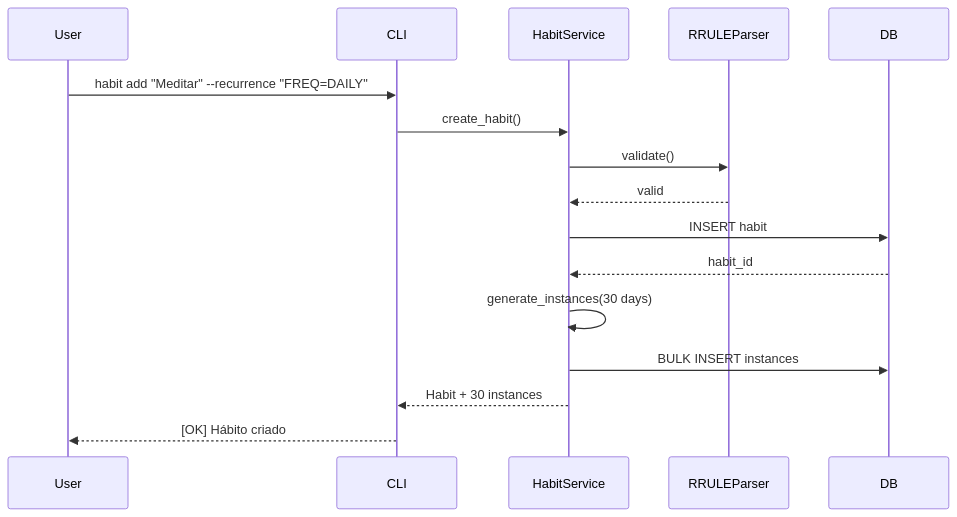
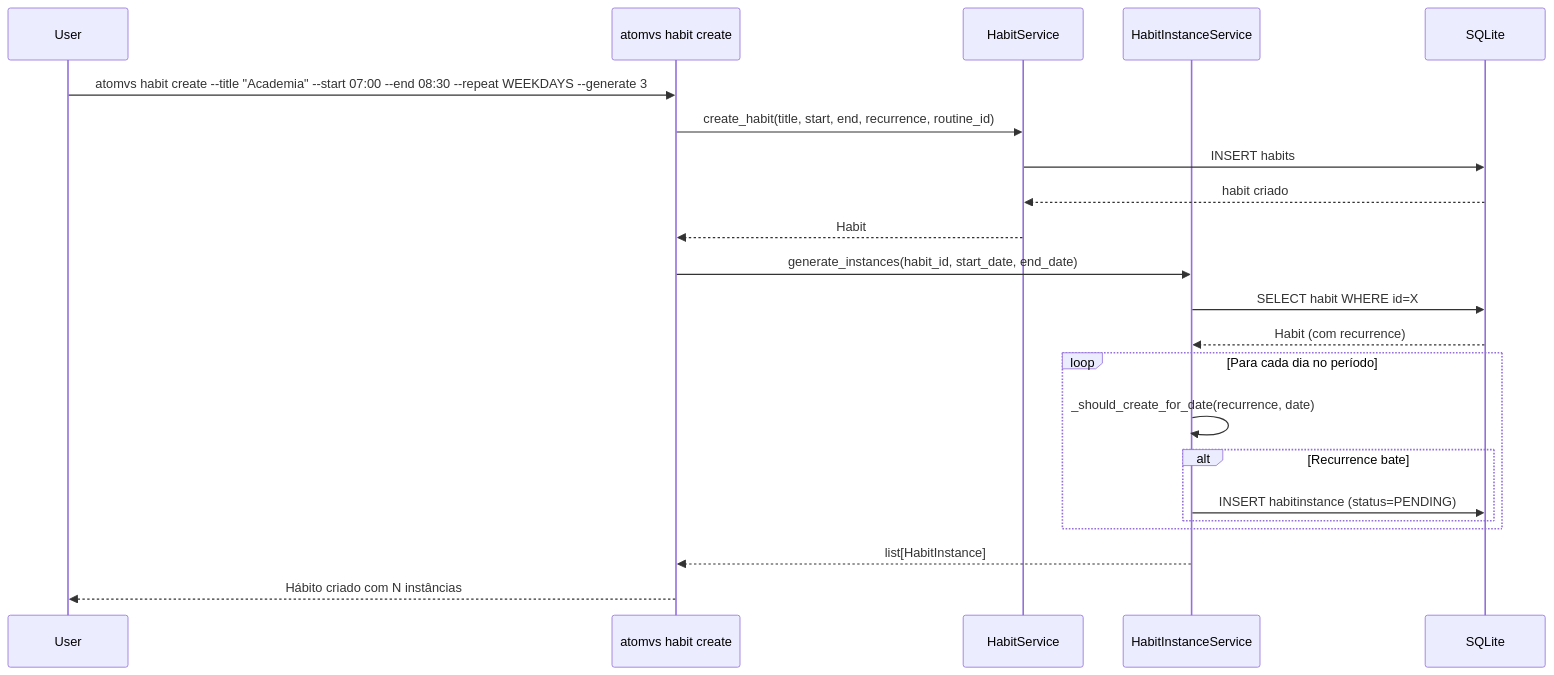
Before and after one commit to fabiodelllima/atomvs-timeblock-terminal: the second of 2 diagrams in docs/diagrams/sequences/habit-generation.md, drawn with Mermaid. The commit also changed other lines of this file, not shown here.

First line of the commit message:
docs(diagrams): Reescreve habit-generation com fluxos reais

````diff
--- a/docs/diagrams/sequences/habit-generation.md
+++ b/docs/diagrams/sequences/habit-generation.md
@@ -3,13 +63,28 @@
 ```mermaid
 sequenceDiagram
-    User->>CLI: habit add "Meditar" --recurrence "FREQ=DAILY"
-    CLI->>HabitService: create_habit()
-    HabitService->>RRULEParser: validate()
-    RRULEParser-->>HabitService: valid
-    HabitService->>DB: INSERT habit
-    DB-->>HabitService: habit_id
-    HabitService->>HabitService: generate_instances(30 days)
-    HabitService->>DB: BULK INSERT instances
-    HabitService-->>CLI: Habit + 30 instances
-    CLI-->>User: [OK] Hábito criado
+    participant User
+    participant CLI as atomvs habit create
+    participant HS as HabitService
+    participant HIS as HabitInstanceService
+    participant DB as SQLite
+
+    User->>CLI: atomvs habit create --title "Academia" --start 07:00 --end 08:30 --repeat WEEKDAYS --generate 3
+    CLI->>HS: create_habit(title, start, end, recurrence, routine_id)
+    HS->>DB: INSERT habits
+    DB-->>HS: habit criado
+    HS-->>CLI: Habit
+
+    CLI->>HIS: generate_instances(habit_id, start_date, end_date)
+    HIS->>DB: SELECT habit WHERE id=X
+    DB-->>HIS: Habit (com recurrence)
+
+    loop Para cada dia no período
+        HIS->>HIS: _should_create_for_date(recurrence, date)
+        alt Recurrence bate
+            HIS->>DB: INSERT habitinstance (status=PENDING)
+        end
+    end
+
+    HIS-->>CLI: list[HabitInstance]
+    CLI-->>User: Hábito criado com N instâncias
 ```
````
